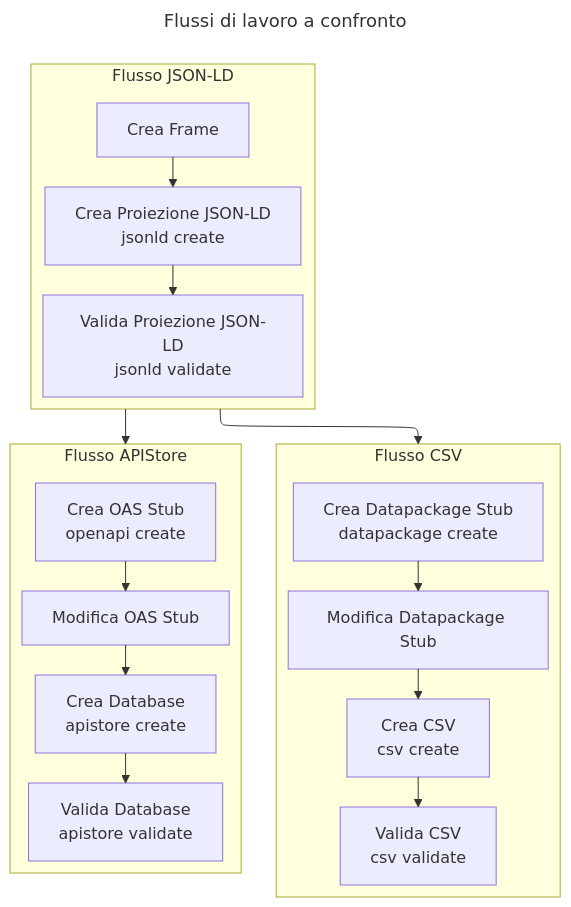
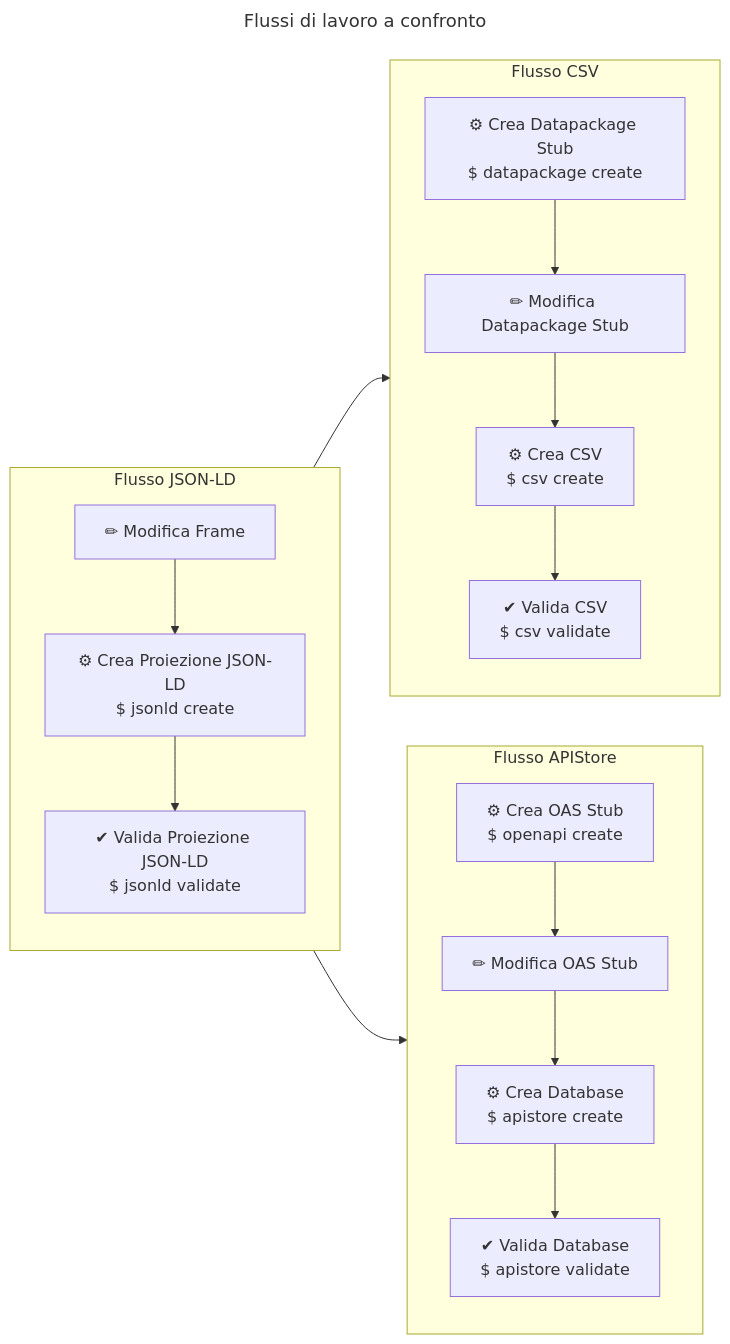
The first of 2 diagrams in docs/manual-api.md (par-tec/dati-semantic-csv-apis), drawn with Mermaid before and after one commit. The commit also changed other lines of this file, not shown here.

Commit message:
more graphs

````diff
--- a/docs/manual-api.md
+++ b/docs/manual-api.md
@@ -49,31 +49,30 @@
 ```mermaid
 ---
 title: Flussi di lavoro a confronto
-config:
-  layout: elk
 ---
-graph
+graph LR
   subgraph flusso-base[Flusso JSON-LD]
-    crea-frame[Crea Frame]
-    --> crea-proiezione-jsonld[Crea Proiezione JSON-LD<br>jsonld create]
-    --> valida-proiezione-jsonld[Valida Proiezione JSON-LD<br>jsonld validate]
+    direction TB
+    edit-frame["✏ Modifica Frame"]
+    --> crea-proiezione-jsonld["⚙ Crea Proiezione JSON-LD<br>$ jsonld create"]
+    --> valida-proiezione-jsonld["✔ Valida Proiezione JSON-LD<br>$ jsonld validate"]
   end
 
   flusso-base --> flusso-csv & flusso-api
 
   subgraph flusso-csv["Flusso CSV"]
     direction TB
-    crea-datapackage-stub[Crea Datapackage Stub<br>datapackage create]
-    --> modifica-datapackage-stub[Modifica Datapackage Stub]
-    --> crea-csv[Crea CSV<br>csv create]
-    --> valida-csv[Valida CSV<br>csv validate]
+    crea-datapackage-stub["⚙ Crea Datapackage Stub<br>$ datapackage create"]
+    --> edit-datapackage-stub["✏ Modifica Datapackage Stub"]
+    --> crea-csv["⚙ Crea CSV<br>$ csv create"]
+    --> valida-csv["✔ Valida CSV<br>$ csv validate"]
   end
 
   subgraph flusso-api["Flusso APIStore"]
     direction TB
-    crea-oas-stub[Crea OAS Stub<br>openapi create]
-    --> modifica-oas-stub[Modifica OAS Stub]
-    --> crea-db[Crea Database<br>apistore create]
-    --> valida-db[Valida Database<br>apistore validate]
+    crea-oas-stub["⚙ Crea OAS Stub<br>$ openapi create"]
+    --> edit-oas-stub["✏ Modifica OAS Stub"]
+    --> crea-db["⚙ Crea Database<br>$ apistore create"]
+    --> valida-db["✔ Valida Database<br>$ apistore validate"]
   end
 ```
````
